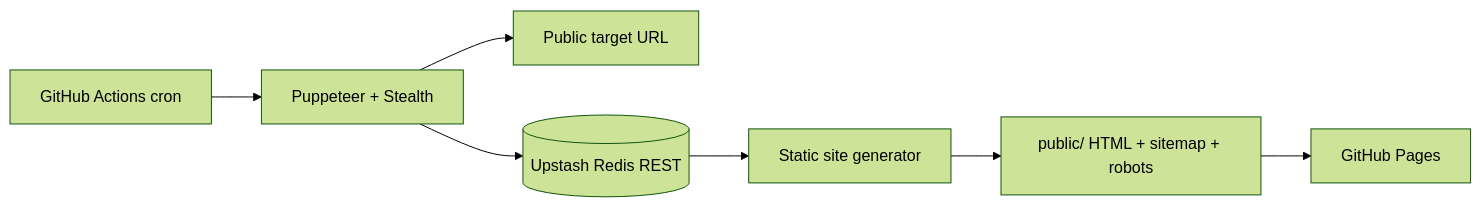
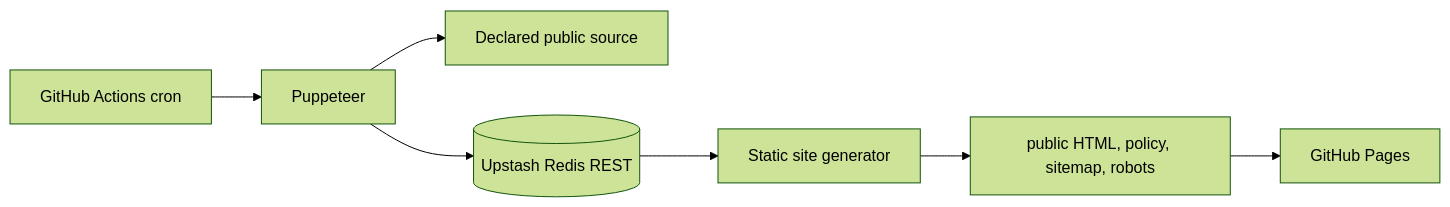
The diagram in README.md (infinityempire/scrape-pipeline-api), drawn with Mermaid (forest theme) before and after one commit. The commit also changed other lines of this file and 8 other files, not shown here.

````diff
--- a/README.md
+++ b/README.md
@@ -9,9 +9,9 @@
 ```mermaid
 flowchart LR
-  G[GitHub Actions cron] --> P[Puppeteer + Stealth]
-  P --> S[Public target URL]
+  G[GitHub Actions cron] --> P[Puppeteer]
+  P --> S[Declared public source]
   P --> U[(Upstash Redis REST)]
   U --> B[Static site generator]
-  B --> H[public/ HTML + sitemap + robots]
+  B --> H[public HTML, policy, sitemap, robots]
   H --> GP[GitHub Pages]
 ```
````
